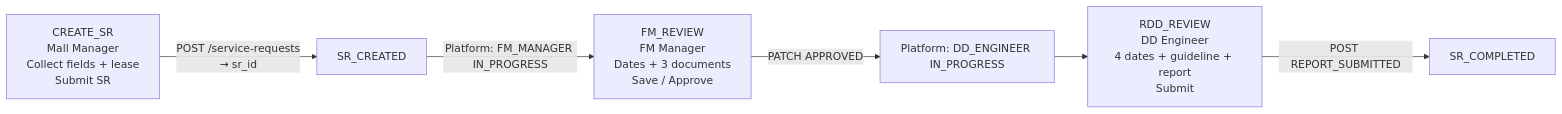
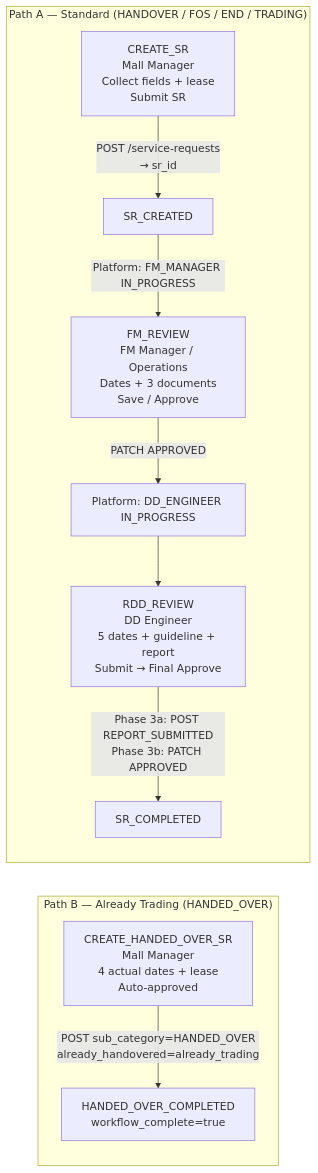
Before and after one commit to swa01wk/cenomi-api-v2: the fourth of 8 diagrams in service-request-chatbot/docs/agent-design-complete.md, drawn with Mermaid. The commit also changed other lines of this file and 7 other files, not shown here.

````diff
--- a/service-request-chatbot/docs/agent-design-complete.md
+++ b/service-request-chatbot/docs/agent-design-complete.md
@@ -696,13 +792,21 @@
 ```mermaid
 flowchart LR
-    CREATE["CREATE_SR\nMall Manager\nCollect fields + lease\nSubmit SR"]
-    FM["FM_REVIEW\nFM Manager\nDates + 3 documents\nSave / Approve"]
-    RDD["RDD_REVIEW\nDD Engineer\n4 dates + guideline + report\nSubmit"]
-    DONE["SR_COMPLETED"]
+    subgraph PathB["Path B — Already Trading (HANDED_OVER)"]
+        B_CREATE["CREATE_HANDED_OVER_SR\nMall Manager\n4 actual dates + lease\nAuto-approved"]
+        B_DONE["HANDED_OVER_COMPLETED\nworkflow_complete=true"]
+        B_CREATE -->|"POST sub_category=HANDED_OVER\nalready_handovered=already_trading"| B_DONE
+    end
 
-    CREATE -->|"POST /service-requests\n→ sr_id"| SR_CREATED["SR_CREATED"]
-    SR_CREATED -->|"Platform: FM_MANAGER IN_PROGRESS"| FM
-    FM -->|"PATCH APPROVED"| RDD_GATE["Platform: DD_ENGINEER IN_PROGRESS"]
-    RDD_GATE --> RDD
-    RDD -->|"POST REPORT_SUBMITTED"| DONE
+    subgraph PathA["Path A — Standard (HANDOVER / FOS / END / TRADING)"]
+        CREATE["CREATE_SR\nMall Manager\nCollect fields + lease\nSubmit SR"]
+        FM["FM_REVIEW\nFM Manager / Operations\nDates + 3 documents\nSave / Approve"]
+        RDD["RDD_REVIEW\nDD Engineer\n5 dates + guideline + report\nSubmit → Final Approve"]
+        DONE["SR_COMPLETED"]
+
+        CREATE -->|"POST /service-requests\n→ sr_id"| SR_CREATED["SR_CREATED"]
+        SR_CREATED -->|"Platform: FM_MANAGER IN_PROGRESS"| FM
+        FM -->|"PATCH APPROVED"| RDD_GATE["Platform: DD_ENGINEER IN_PROGRESS"]
+        RDD_GATE --> RDD
+        RDD -->|"Phase 3a: POST REPORT_SUBMITTED\nPhase 3b: PATCH APPROVED"| DONE
+    end
 ```
````
